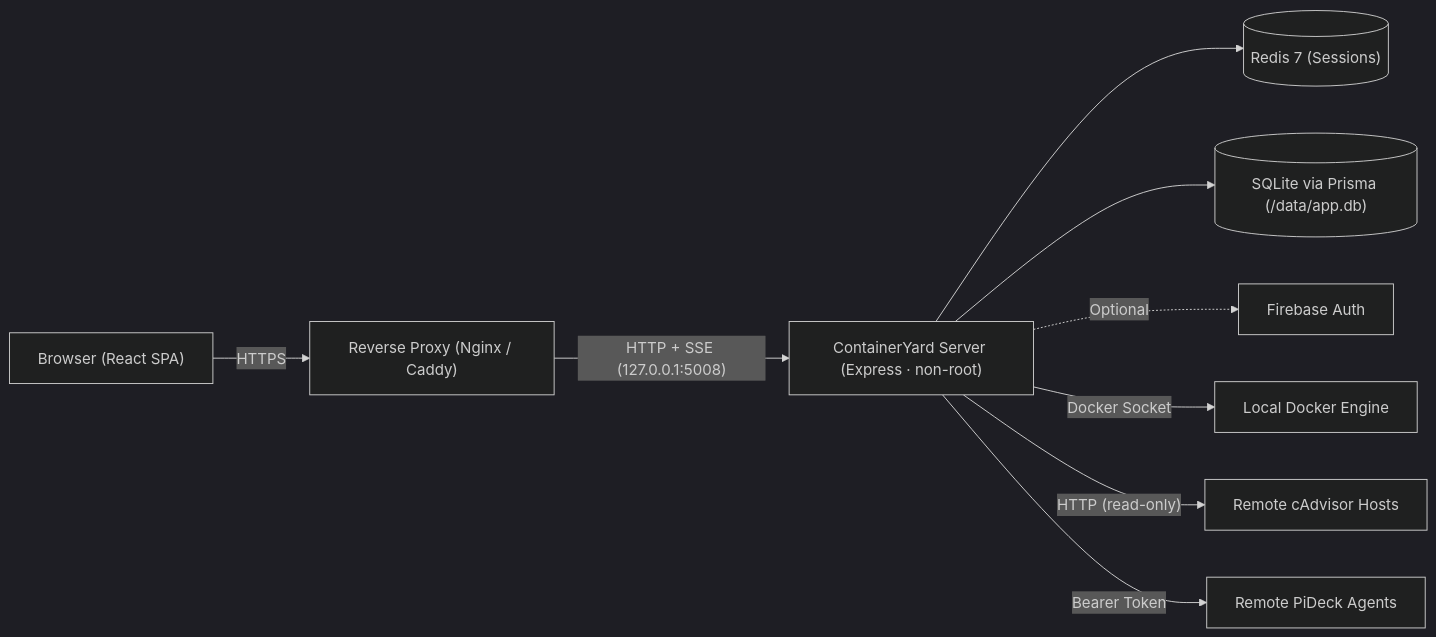
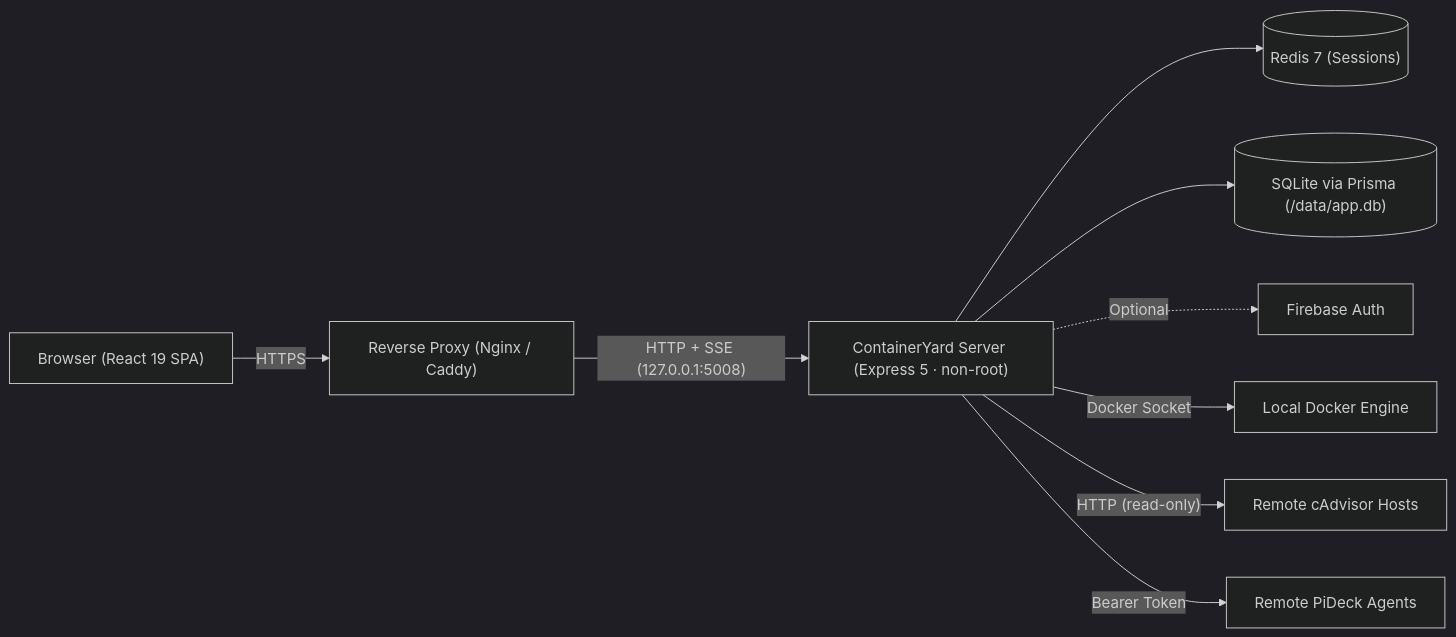
The diagram in README.md (hexawulf/ContainerYard), drawn with Mermaid (dark theme) before and after one commit. The commit also changed other lines of this file, not shown here.

Commit message:
docs(readme): update version range, React 19 / Express 5 labels, and E2E command for v6.0.0 (#59)

````diff
--- a/README.md
+++ b/README.md
@@ -40,13 +40,13 @@
 ```mermaid
 flowchart LR
-    Browser["Browser (React SPA)"] -->|HTTPS| Proxy["Reverse Proxy (Nginx / Caddy)"]
-    Proxy -->|"HTTP + SSE (127.0.0.1:5008)"| App["ContainerYard Server (Express · non-root)"]
+    Browser["Browser (React 19 SPA)"] -->|HTTPS| Proxy["Reverse Proxy (Nginx / Caddy)"]
+    Proxy -->|"HTTP + SSE (127.0.0.1:5008)"| App["ContainerYard Server (Express 5 · non-root)"]
 
     App --> Redis[("Redis 7 (Sessions)")]
     App --> SQLite[("SQLite via Prisma (/data/app.db)")]
     App -.->|Optional| Firebase["Firebase Auth"]
 
     App -->|"Docker Socket"| Docker["Local Docker Engine"]
     App -->|"HTTP (read-only)"| CAdvisor["Remote cAdvisor Hosts"]
     App -->|"Bearer Token"| PiDeck["Remote PiDeck Agents"]
 ```
````
